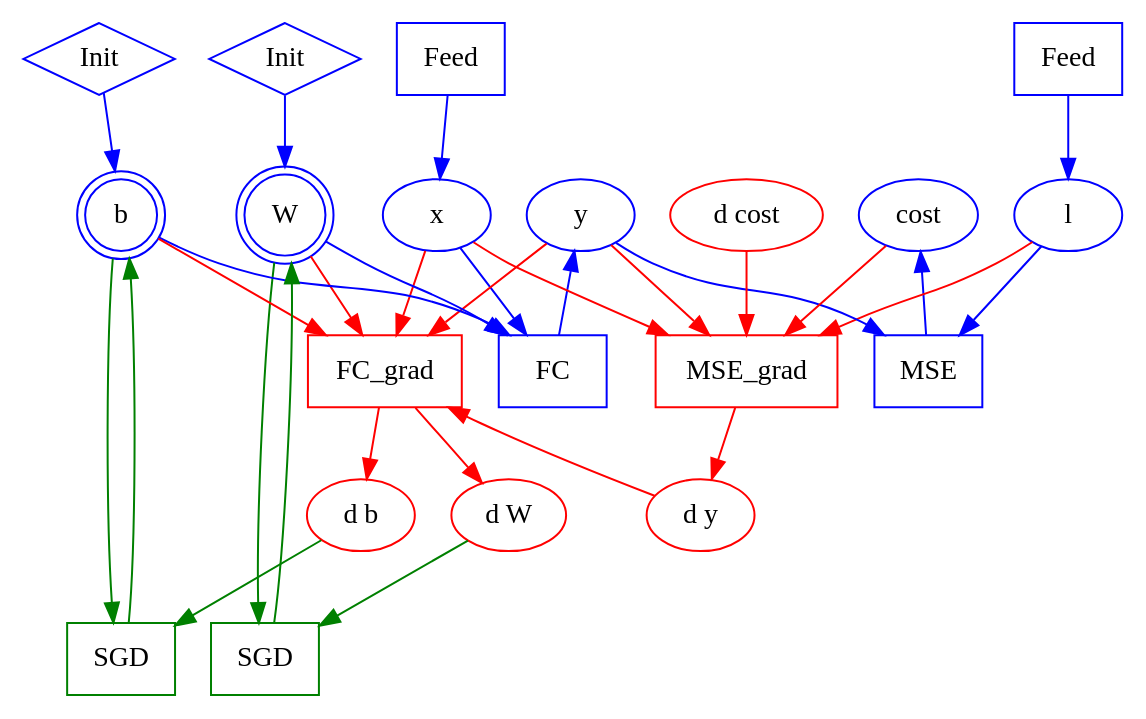
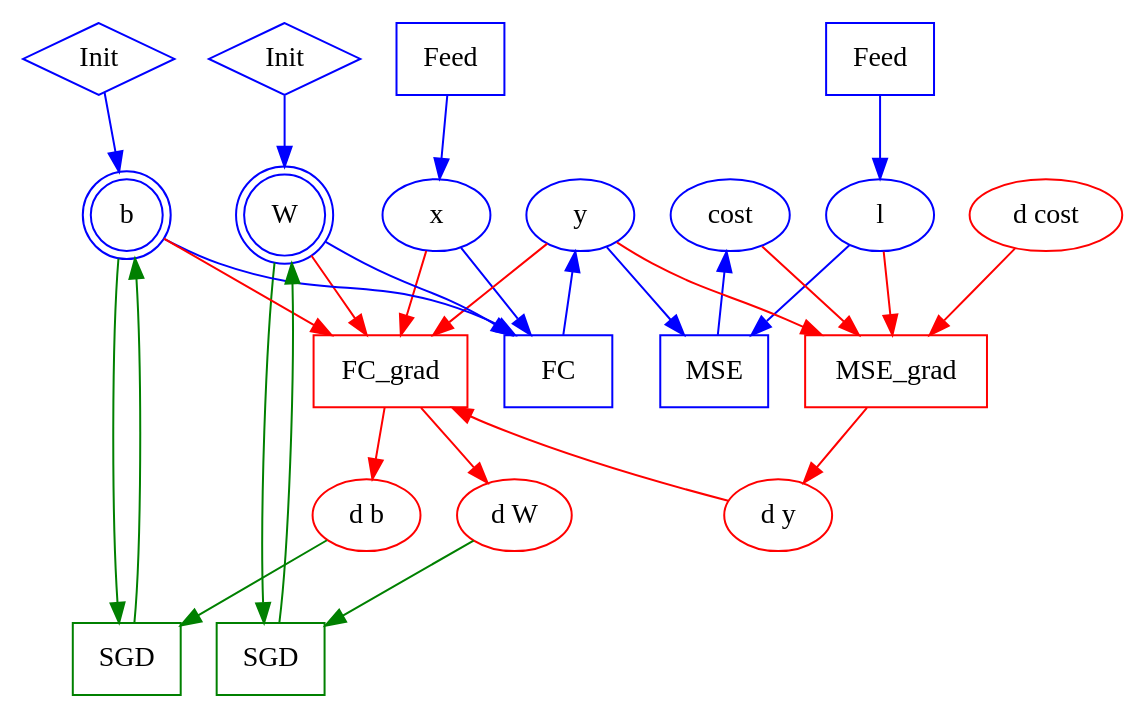
One commit to PaddlePaddle/Paddle changed the diagram in doc/design/images/graph_construction_example.dot. Above: the diagram before and after it, drawn with Graphviz. The commit also changed 3 other files, not shown here.

Commit message:
fix computation graph error

```diff
--- a/doc/design/images/graph_construction_example.dot
+++ b/doc/design/images/graph_construction_example.dot
@@ -1,69 +1,68 @@
 digraph ImageClassificationGraph {
         ///////// The forward part /////////
         FeedX [label="Feed", color=blue, shape=box];
         FeedY [label="Feed", color=blue, shape=box];
         InitW [label="Init", color=blue, shape=diamond];
         Initb [label="Init", color=blue, shape=diamond];
         FC [label="FC", color=blue, shape=box];
         MSE [label="MSE", color=blue, shape=box];
 
         x [label="x", color=blue, shape=oval];
         l [label="l", color=blue, shape=oval];
         y [label="y", color=blue, shape=oval];
         W [label="W", color=blue, shape=doublecircle];
         b [label="b", color=blue, shape=doublecircle];
         cost [label="cost", color=blue, shape=oval];
 
         FeedX -> x -> FC -> y -> MSE -> cost [color=blue];
         FeedY -> l [color=blue];
         InitW -> W [color=blue];
         Initb -> b [color=blue];
         W -> FC [color=blue];
         b -> FC [color=blue];
         l -> MSE [color=blue];
 
         ////////// The backward part /////////
         MSE_Grad [label="MSE_grad", color=red, shape=box];
         FC_Grad [label="FC_grad", color=red, shape=box];
 
         d_cost [label="d cost", color=red, shape=oval];
         d_y [label="d y", color=red, shape=oval];
         d_b [label="d b", color=red, shape=oval];
         d_W [label="d W", color=red, shape=oval];
 
         cost -> MSE_Grad [color=red];
         d_cost -> MSE_Grad [color=red];
-        x -> MSE_Grad [color=red];
         l -> MSE_Grad [color=red];
         y -> MSE_Grad -> d_y [color=red];
 
         x -> FC_Grad [color=red];
         y -> FC_Grad [color=red];
         d_y -> FC_Grad [color=red];
         W -> FC_Grad -> d_W [color=red];
         b -> FC_Grad -> d_b [color=red];
 
         ////////// The optimizaiton part //////////
 
         OPT_W [label="SGD", color=green, shape=box];
         OPT_b [label="SGD", color=green, shape=box];
 
         W -> OPT_W [color=green];
         b -> OPT_b [color=green];
         d_W -> OPT_W -> W [color=green];
         d_b -> OPT_b -> b [color=green];
 
         ////////// Groupings //////////
 
         subgraph clusterMSE {
                 style=invis;
                 MSE;
                 MSE_Grad;
         }
 
         subgraph clusterFC {
                 style=invis;
                 FC;
                 FC_Grad;
         }
 }
```
